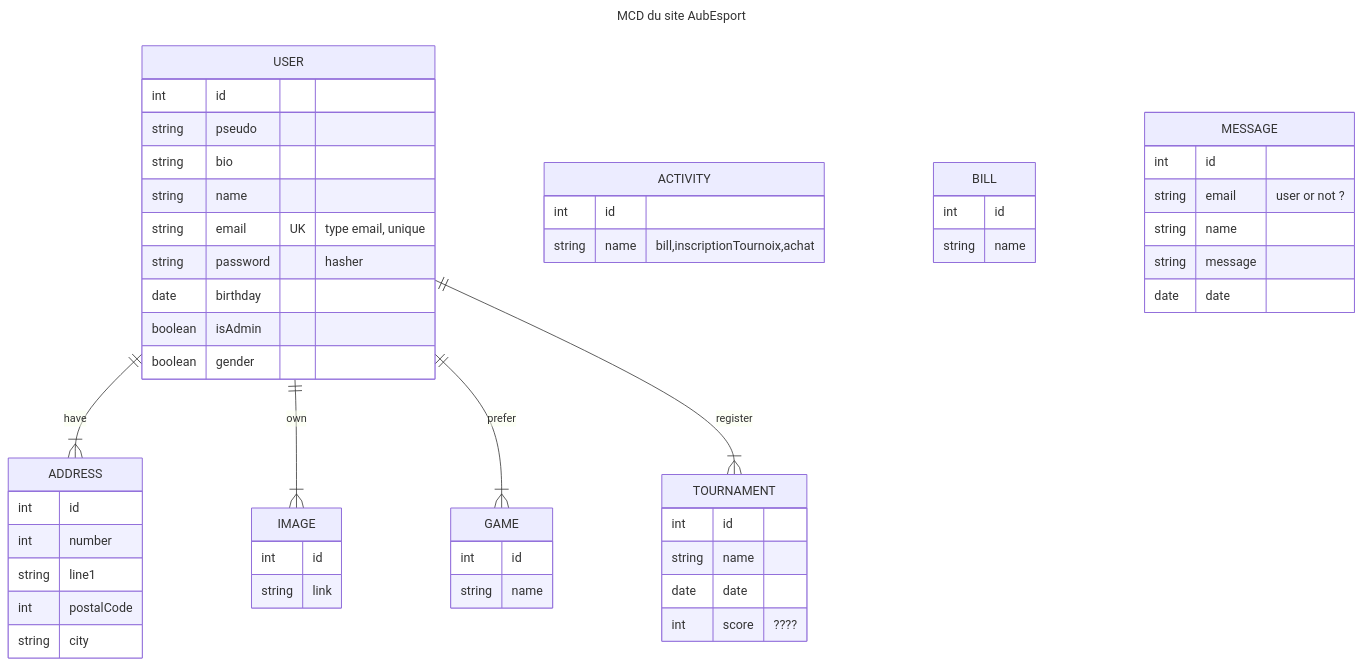
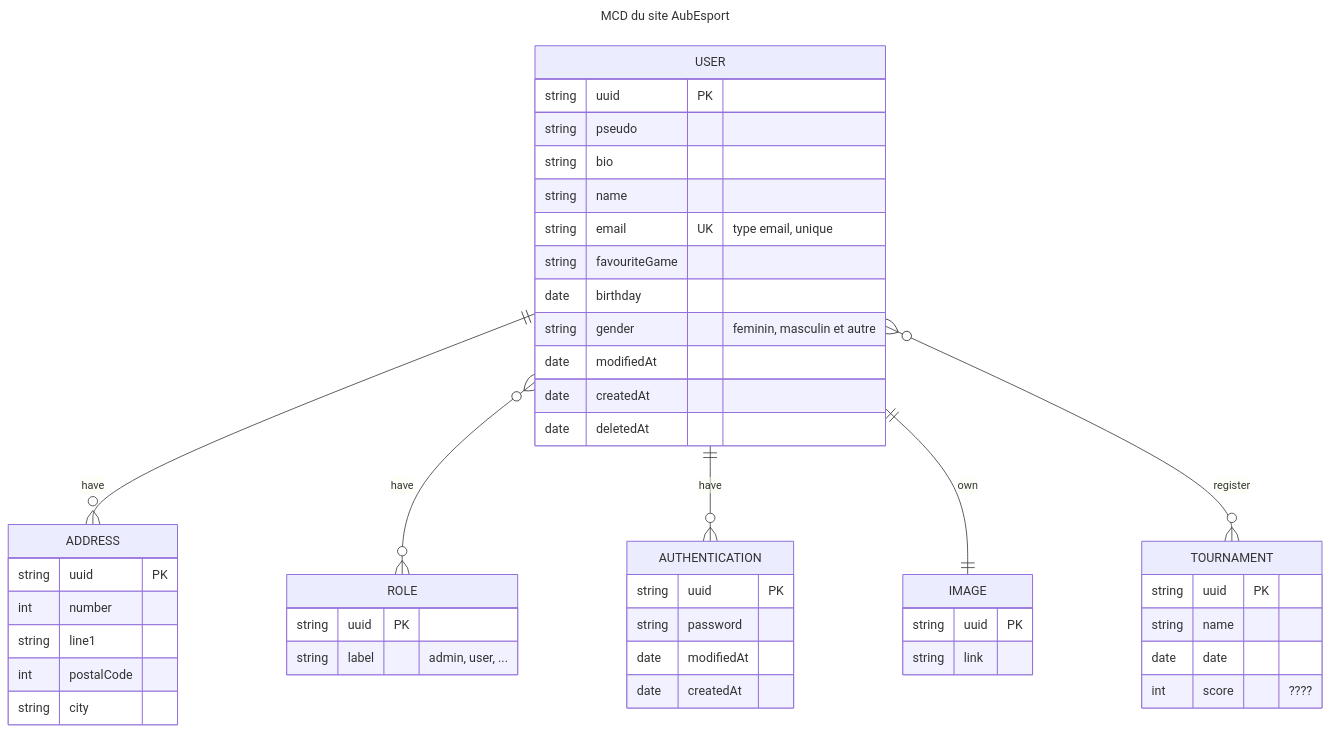
Before and after one commit to HueKhuc/Aubesport: the diagram in MCD.md, drawn with Mermaid. The commit also changed 24 other files, not shown here.

````diff
--- a/MCD.md
+++ b/MCD.md
@@ -1,67 +1,63 @@
 ```mermaid
 ---
 title: MCD du site AubEsport
 ---
 erDiagram
-    USER ||--|{ ADDRESS : have
+    USER ||--o{ ADDRESS : have
     
+    USER }o--o{ ROLE : have
+
+    ROLE {
+        string uuid PK
+        string label "admin, user, ..."
+    }
+
     USER {
-        int id
+        string uuid PK
         string pseudo
         string bio
         string name
         string email UK "type email, unique"
-        string password "hasher"
+        string favouriteGame
         date birthday
-        boolean isAdmin
-        boolean gender
+        string gender "feminin, masculin et autre"
+        date modifiedAt
+        date createdAt
+        date deletedAt
     }
     
+    USER ||--o{ AUTHENTICATION : have
+    AUTHENTICATION {
+        string uuid PK
+        string password
+        date modifiedAt
+        date createdAt
+    }
+
     ADDRESS {
-        int id
+        string uuid PK
         int number
         string line1
         int postalCode
         string city
     }
 
-    USER ||--|{ IMAGE : own
+    USER ||--|| IMAGE : own
     IMAGE {
-        int id
+        string uuid PK
         string link
     }
 
-    USER ||--|{ GAME : prefer
-    GAME {
-        int id
-        string name
-    }
 
-    ACTIVITY {
-        int id
-        string name "bill,inscriptionTournoix,achat"
-    }
-
-    USER ||--|{ TOURNAMENT : register
+    USER }o--o{ TOURNAMENT : register
     TOURNAMENT {
-        int id
+        string uuid PK
         string name
         date date
         int score "????"
     }
 
-    BILL {
-        int id
-        string name
-    }
 
-    MESSAGE {
-        int id
-        string email "user or not ?"
-        string name
-        string message
-        date date
-    }
 
     
 ```
````
